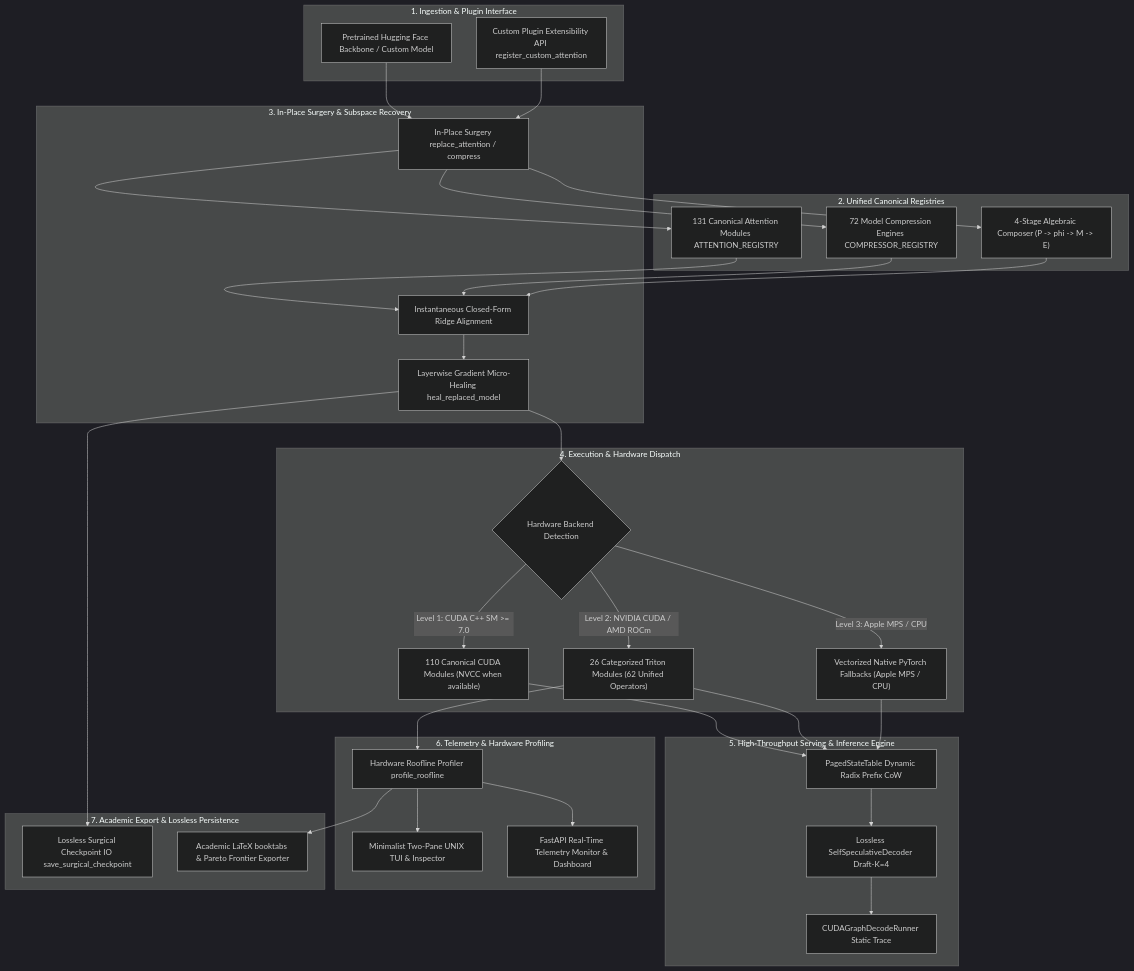
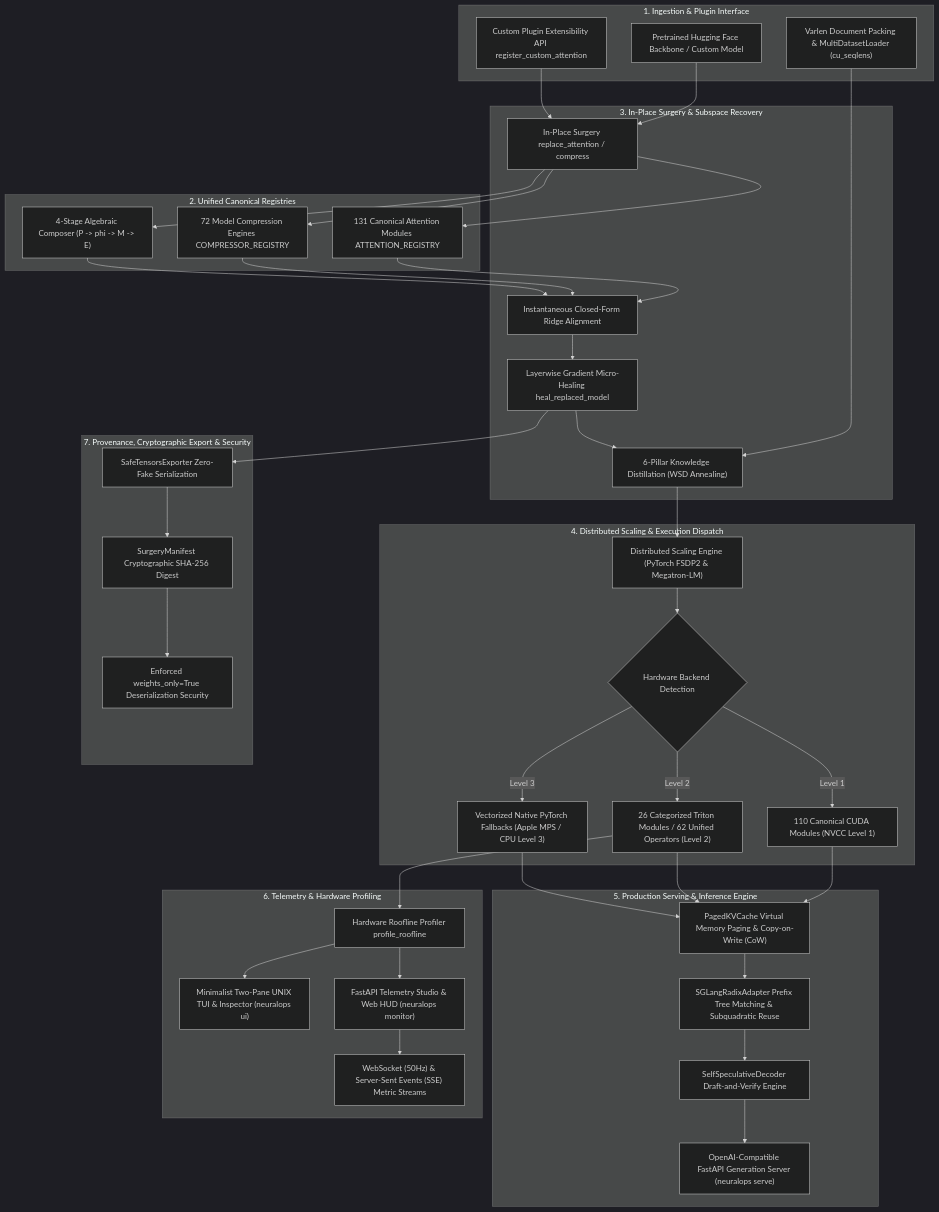
Before and after one commit to tahamajs/NeuralOps: the fourth of 5 diagrams in README.md, drawn with Mermaid (dark theme). The commit also changed other lines of this file and 3 other files, not shown here.

````diff
--- a/README.md
+++ b/README.md
@@ -1110,67 +1334,79 @@
 ```mermaid
 flowchart TD
     subgraph Layer1 ["1. Ingestion & Plugin Interface"]
         HF["Pretrained Hugging Face Backbone / Custom Model"]
         Ext["Custom Plugin Extensibility API register_custom_attention"]
+        DataPack["Varlen Document Packing & MultiDatasetLoader (cu_seqlens)"]
     end
 
     subgraph Layer2 ["2. Unified Canonical Registries"]
         AttnZoo["131 Canonical Attention Modules ATTENTION_REGISTRY"]
         CompEngines["72 Model Compression Engines COMPRESSOR_REGISTRY"]
         Composer["4-Stage Algebraic Composer (P -> phi -> M -> E)"]
     end
 
     subgraph Layer3 ["3. In-Place Surgery & Subspace Recovery"]
         Surgery["In-Place Surgery replace_attention / compress"]
         Ridge["Instantaneous Closed-Form Ridge Alignment"]
         MicroHeal["Layerwise Gradient Micro-Healing heal_replaced_model"]
+        Mohawk["6-Pillar Knowledge Distillation (WSD Annealing)"]
     end
 
-    subgraph Layer4 ["4. Execution & Hardware Dispatch"]
+    subgraph Layer4 ["4. Distributed Scaling & Execution Dispatch"]
+        DistEngine["Distributed Scaling Engine (PyTorch FSDP2 & Megatron-LM)"]
         BackendCheck{"Hardware Backend Detection"}
-        CUDACPP["110 Canonical CUDA Modules (NVCC when available)"]
-        Triton["26 Categorized Triton Modules (62 Unified Operators)"]
-        Fallback["Vectorized Native PyTorch Fallbacks (Apple MPS / CPU)"]
+        CUDACPP["110 Canonical CUDA Modules (NVCC Level 1)"]
+        Triton["26 Categorized Triton Modules / 62 Unified Operators (Level 2)"]
+        Fallback["Vectorized Native PyTorch Fallbacks (Apple MPS / CPU Level 3)"]
     end
 
-    subgraph Layer5 ["5. High-Throughput Serving & Inference Engine"]
-        PagedState["PagedStateTable Dynamic Radix Prefix CoW"]
-        SpecDecode["Lossless SelfSpeculativeDecoder Draft-K=4"]
-        CUDAGraph["CUDAGraphDecodeRunner Static Trace"]
+    subgraph Layer5 ["5. Production Serving & Inference Engine"]
+        PagedCache["PagedKVCache Virtual Memory Paging & Copy-on-Write (CoW)"]
+        RadixTrie["SGLangRadixAdapter Prefix Tree Matching & Subquadratic Reuse"]
+        SpecDecode["SelfSpeculativeDecoder Draft-and-Verify Engine"]
+        ServingFastAPI["OpenAI-Compatible FastAPI Generation Server (neuralops serve)"]
     end
 
     subgraph Layer6 ["6. Telemetry & Hardware Profiling"]
         Roofline["Hardware Roofline Profiler profile_roofline"]
-        TUI["Minimalist Two-Pane UNIX TUI & Inspector"]
-        WebMon["FastAPI Real-Time Telemetry Monitor & Dashboard"]
+        TUI["Minimalist Two-Pane UNIX TUI & Inspector (neuralops ui)"]
+        WebStudio["FastAPI Telemetry Studio & Web HUD (neuralops monitor)"]
+        SSEStream["WebSocket (50Hz) & Server-Sent Events (SSE) Metric Streams"]
     end
 
-    subgraph Layer7 ["7. Academic Export & Lossless Persistence"]
-        SurgIO["Lossless Surgical Checkpoint IO save_surgical_checkpoint"]
-        LaTeX["Academic LaTeX booktabs & Pareto Frontier Exporter"]
+    subgraph Layer7 ["7. Provenance, Cryptographic Export & Security"]
+        SafeExport["SafeTensorsExporter Zero-Fake Serialization"]
+        CryptoAudit["SurgeryManifest Cryptographic SHA-256 Digest"]
+        SafeDeserial["Enforced weights_only=True Deserialization Security"]
     end
 
     HF --> Surgery
     Ext --> Surgery
+    DataPack --> Mohawk
     Surgery --> AttnZoo
     Surgery --> CompEngines
     Surgery --> Composer
     AttnZoo --> Ridge
     CompEngines --> Ridge
     Composer --> Ridge
     Ridge --> MicroHeal
-    MicroHeal --> BackendCheck
-    BackendCheck -- "Level 1: CUDA C++ SM >= 7.0" --> CUDACPP
-    BackendCheck -- "Level 2: NVIDIA CUDA / AMD ROCm" --> Triton
-    BackendCheck -- "Level 3: Apple MPS / CPU" --> Fallback
-    CUDACPP --> PagedState
-    Triton --> PagedState
-    Fallback --> PagedState
-    PagedState --> SpecDecode
-    SpecDecode --> CUDAGraph
+    MicroHeal --> Mohawk
+    Mohawk --> DistEngine
+    DistEngine --> BackendCheck
+    BackendCheck -- "Level 1" --> CUDACPP
+    BackendCheck -- "Level 2" --> Triton
+    BackendCheck -- "Level 3" --> Fallback
+    CUDACPP --> PagedCache
+    Triton --> PagedCache
+    Fallback --> PagedCache
+    PagedCache --> RadixTrie
+    RadixTrie --> SpecDecode
+    SpecDecode --> ServingFastAPI
     Triton --> Roofline
     Roofline --> TUI
-    Roofline --> WebMon
-    MicroHeal --> SurgIO
-    Roofline --> LaTeX
+    Roofline --> WebStudio
+    WebStudio --> SSEStream
+    MicroHeal --> SafeExport
+    SafeExport --> CryptoAudit
+    CryptoAudit --> SafeDeserial
 ```
````
